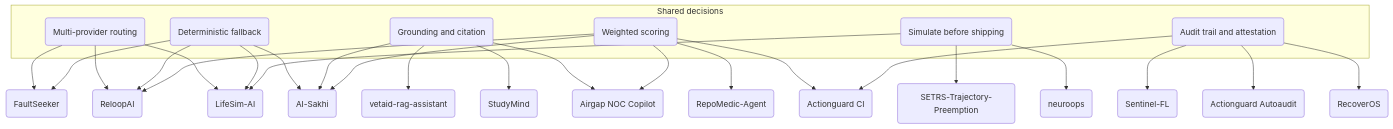
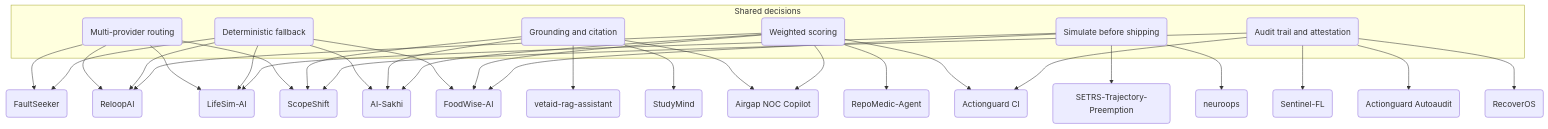
One commit to Tayab-Ahamed/Tayab-Ahamed changed diagram 20 of 20 in README.md. Above: the diagram before and after it, drawn with Mermaid. The commit also changed other lines of this file and 20 other files, not shown here.

First line of the commit message:
feat: add ScopeShift and FoodWise-AI (19 experiments across 8 months)

````diff
--- a/README.md
+++ b/README.md
@@ -787,31 +866,33 @@
 ```mermaid
 flowchart TB
     subgraph SHARED ["Shared decisions"]
         ROUTE("Multi-provider routing")
         FALL("Deterministic fallback")
         CITE("Grounding and citation")
         SCORE("Weighted scoring")
         SIM("Simulate before shipping")
         ATTEST("Audit trail and attestation")
     end
-    ROUTE --> FaultSeeker & ReloopAI & LifeSim
-    FALL --> ReloopAI & LifeSim & AISakhi & FaultSeeker
-    CITE --> AISakhi & VetAid & StudyMind & Airgap
-    SCORE --> ReloopAI & AISakhi & RepoMedic & Airgap & ActionguardCI
-    SIM --> SETRS & neuroops & LifeSim
-    ATTEST --> SentinelFL & ActionguardCI & Autoaudit & RecoverOS
+    ROUTE --> FaultSeeker & ReloopAI & LifeSim & ScopeShift
+    FALL --> ReloopAI & LifeSim & AISakhi & FaultSeeker & FoodWise
+    CITE --> AISakhi & VetAid & StudyMind & Airgap & ScopeShift
+    SCORE --> ReloopAI & AISakhi & RepoMedic & Airgap & ActionguardCI & FoodWise
+    SIM --> SETRS & neuroops & LifeSim & FoodWise
+    ATTEST --> SentinelFL & ActionguardCI & Autoaudit & RecoverOS & ScopeShift
     FaultSeeker("FaultSeeker")
     ReloopAI("ReloopAI")
     LifeSim("LifeSim-AI")
     AISakhi("AI-Sakhi")
     VetAid("vetaid-rag-assistant")
     StudyMind("StudyMind")
     RepoMedic("RepoMedic-Agent")
     SETRS("SETRS-Trajectory-Preemption")
     neuroops("neuroops")
     SentinelFL("Sentinel-FL")
     ActionguardCI("Actionguard CI")
     Autoaudit("Actionguard Autoaudit")
     Airgap("Airgap NOC Copilot")
     RecoverOS("RecoverOS")
+    ScopeShift("ScopeShift")
+    FoodWise("FoodWise-AI")
 ```
````
